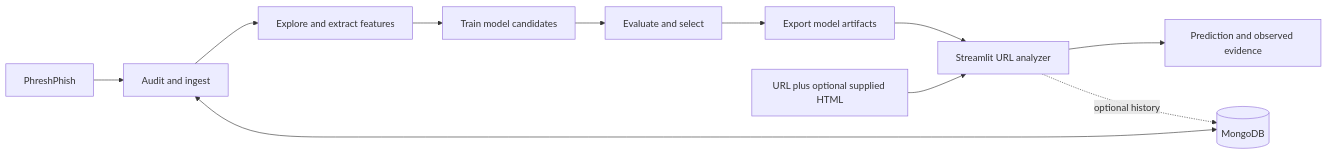
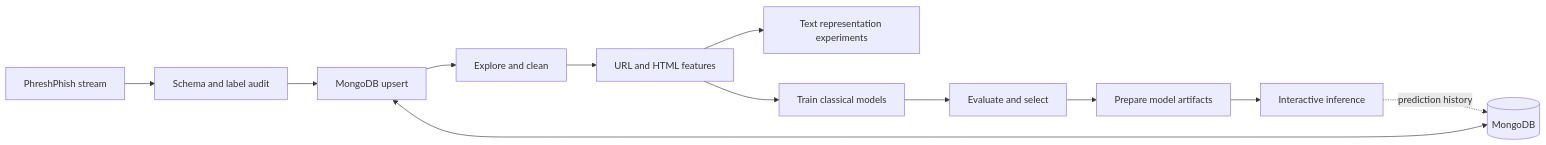
One commit to ArshiBansal/Intelligent_URL_Threat_Analyzer changed the fifth of 6 diagrams in README.md. Above: the diagram before and after it, drawn with Mermaid. The commit also changed other lines of this file, not shown here.

````diff
--- a/README.md
+++ b/README.md
@@ -66,13 +165,14 @@
 ```mermaid
 flowchart LR
-    A[PhreshPhish] --> B[Audit and ingest]
-    B --> C[Explore and extract features]
-    C --> D[Train model candidates]
-    D --> E[Evaluate and select]
-    E --> F[Export model artifacts]
-    F --> G[Streamlit URL analyzer]
-    H[URL plus optional supplied HTML] --> G
-    G --> I[Prediction and observed evidence]
-    B <--> J[(MongoDB)]
-    G -. optional history .-> J
+    A[PhreshPhish stream] --> B[Schema and label audit]
+    B --> C[MongoDB upsert]
+    C --> D[Explore and clean]
+    D --> E[URL and HTML features]
+    E --> F[Text representation experiments]
+    E --> G[Train classical models]
+    G --> H[Evaluate and select]
+    H --> I[Prepare model artifacts]
+    I --> J[Interactive inference]
+    C <--> M[(MongoDB)]
+    J -. prediction history .-> M
 ```
````
